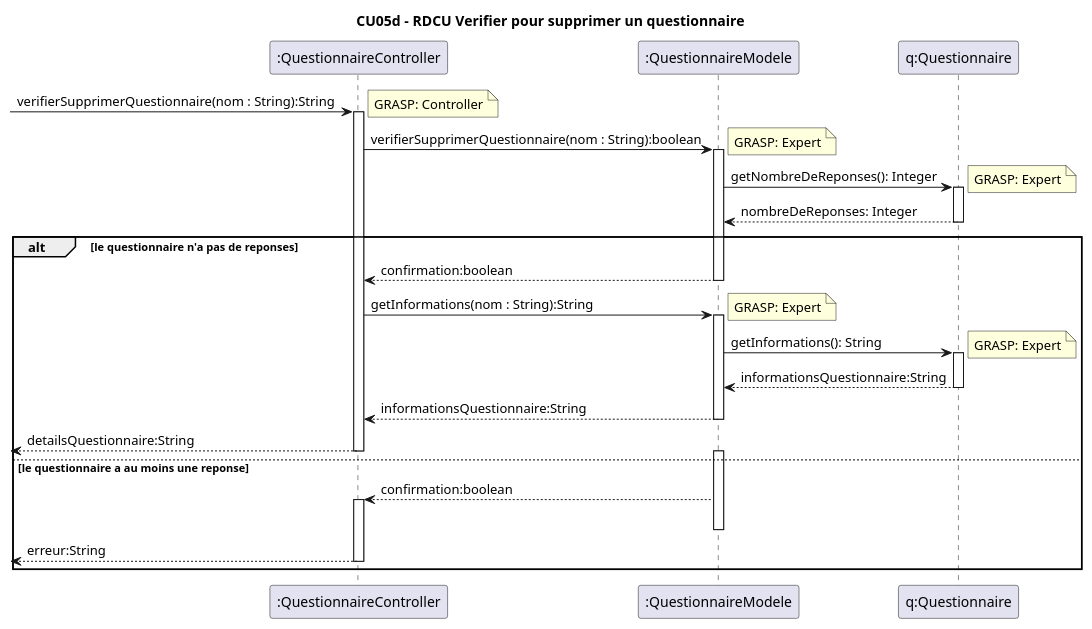
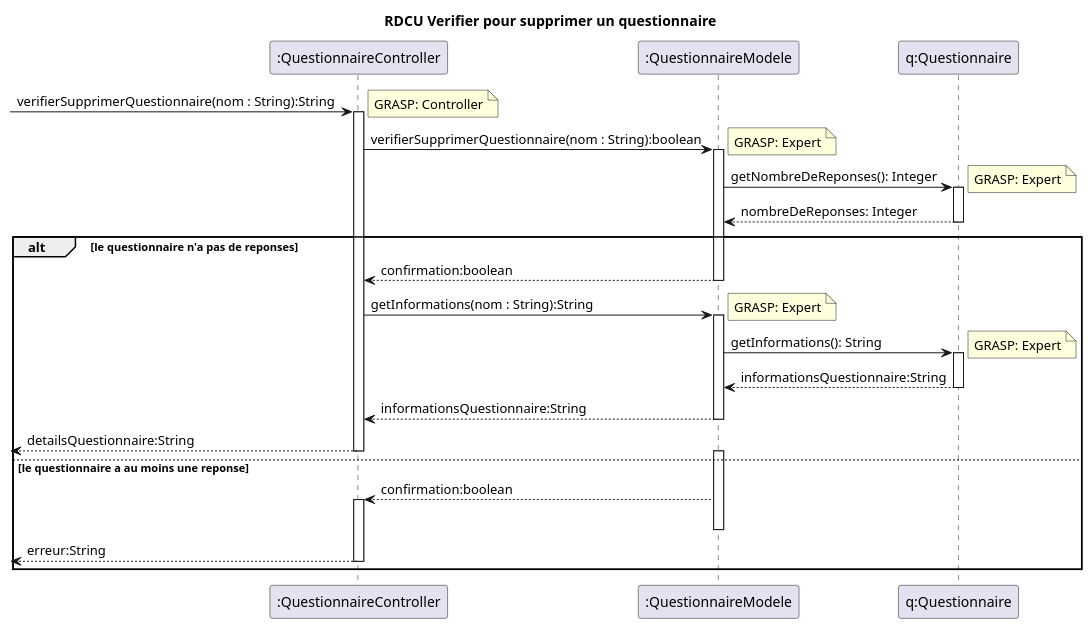
The diagram in docs/modeles/cu05/rdcu-verifier-supprimer-questionnaire.puml (xMrYahya/moodle-clone), drawn with PlantUML before and after one commit. The commit also changed 14 other files, not shown here.

Commit message:
fix de noms de diagrammes

```diff
--- a/docs/modeles/cu05/rdcu-verifier-supprimer-questionnaire.puml
+++ b/docs/modeles/cu05/rdcu-verifier-supprimer-questionnaire.puml
@@ -1,33 +1,33 @@
 @startuml
-title CU05d - RDCU Verifier pour supprimer un questionnaire
+title RDCU Verifier pour supprimer un questionnaire
 
 participant ":QuestionnaireController" as controller
 participant ":QuestionnaireModele" as questionnaireModele
 participant "q:Questionnaire" as q
 
 -> controller +: verifierSupprimerQuestionnaire(nom : String):String
 note right: GRASP: Controller
 controller -> questionnaireModele ++: verifierSupprimerQuestionnaire(nom : String):boolean
 note right: GRASP: Expert
 questionnaireModele -> q ++: getNombreDeReponses(): Integer
 note right: GRASP: Expert
 q --> questionnaireModele --: nombreDeReponses: Integer
 
 alt le questionnaire n'a pas de reponses
   questionnaireModele --> controller --:confirmation:boolean
   controller -> questionnaireModele ++: getInformations(nom : String):String
   note right: GRASP: Expert
   questionnaireModele -> q ++: getInformations(): String
   note right: GRASP: Expert
   q --> questionnaireModele --: informationsQuestionnaire:String
   questionnaireModele --> controller --: informationsQuestionnaire:String
   <-- controller --:detailsQuestionnaire:String
 
   else le questionnaire a au moins une reponse
     activate questionnaireModele
     questionnaireModele --> controller ++: confirmation:boolean
     deactivate questionnaireModele
     <-- controller --:erreur:String
 end
 
 @enduml
```
